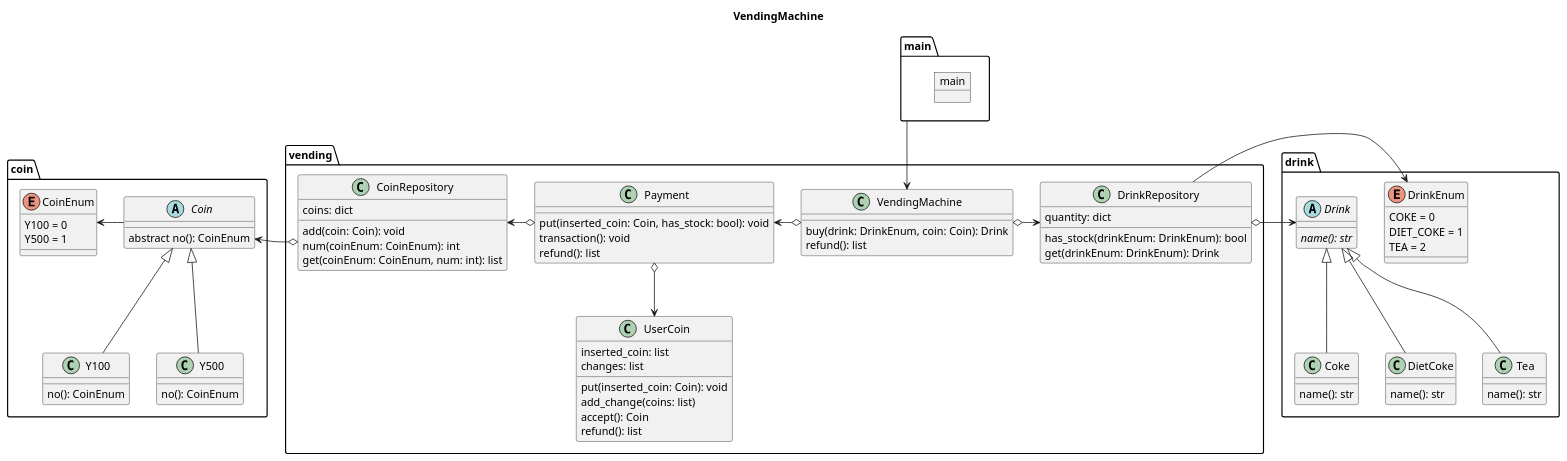
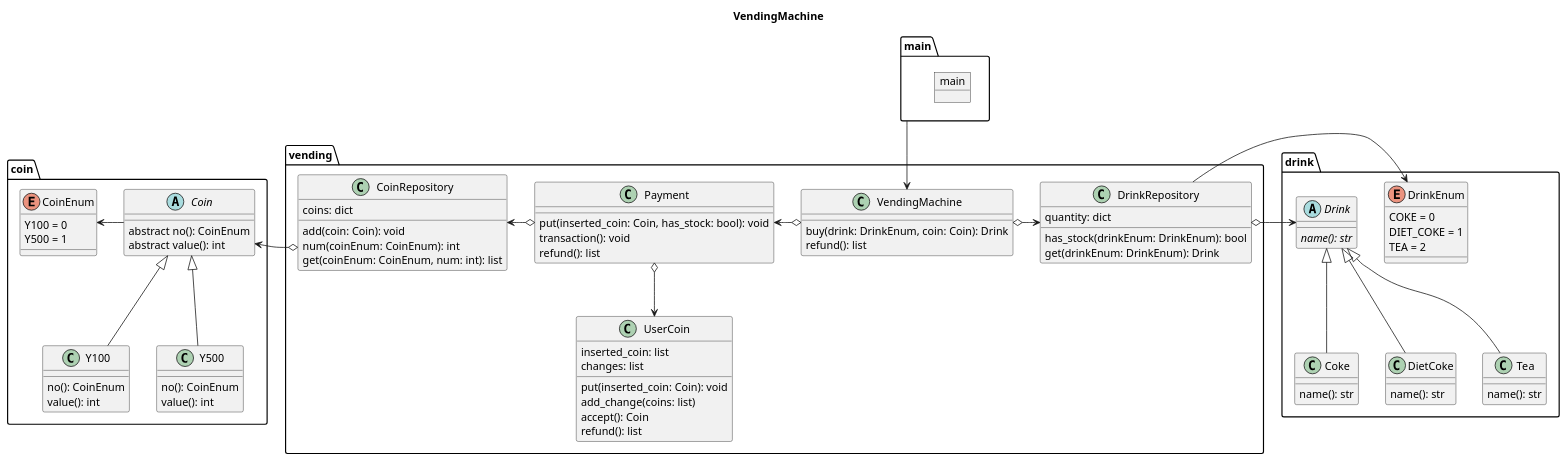
One commit to halukenn/refactoring changed the diagram in oop_exercise_hori/vending_machine.pu. Above: the diagram before and after it, drawn with PlantUML. The commit also changed 2 other files, not shown here.

```diff
--- a/oop_exercise_hori/vending_machine.pu
+++ b/oop_exercise_hori/vending_machine.pu
@@ -1,113 +1,116 @@
 @startuml
 
 title VendingMachine
 
 package main {
     object main {
     }
 }
 
 package drink {
 
     enum DrinkEnum {
         COKE = 0
         DIET_COKE = 1
         TEA = 2
     }
 
     abstract class Drink {
         {abstract} name(): str
     }
 
     class Coke {
         name(): str
     }
 
     class DietCoke {
         name(): str
     }
 
     class Tea {
         name(): str
     }
 
     Coke -up-|> Drink
     DietCoke -up-|> Drink
     Tea -up-|> Drink
 }
 
 package coin {
 
     enum CoinEnum {
         Y100 = 0
         Y500 = 1
     }
 
     abstract class Coin {
         abstract no(): CoinEnum
+        abstract value(): int
     }
 
     Coin -left-> CoinEnum
 
     class Y100 {
         no(): CoinEnum
+        value(): int
     }
 
     class Y500 {
         no(): CoinEnum
+        value(): int
     }
 
     Y100 -up-|> Coin
     Y500 -up-|> Coin
 }
 
 package vending {
 
     class VendingMachine {
         buy(drink: DrinkEnum, coin: Coin): Drink
         refund(): list
     }
 
     class DrinkRepository {
         quantity: dict
         has_stock(drinkEnum: DrinkEnum): bool
         get(drinkEnum: DrinkEnum): Drink
     }
 
     VendingMachine o-right-> DrinkRepository
     DrinkRepository -right-> DrinkEnum
     DrinkRepository o-right-> Drink
 
     class Payment {
         put(inserted_coin: Coin, has_stock: bool): void
         transaction(): void
         refund(): list
     }
 
     VendingMachine o-left-> Payment
     Payment o-down-> UserCoin
 
     class UserCoin {
         inserted_coin: list
         changes: list
         put(inserted_coin: Coin): void
         add_change(coins: list)
         accept(): Coin
         refund(): list
     }
 
     class CoinRepository {
         coins: dict
         add(coin: Coin): void
         num(coinEnum: CoinEnum): int
         get(coinEnum: CoinEnum, num: int): list
     }
 
     Payment o-left-> CoinRepository
 }
 
 main --> VendingMachine
 CoinRepository o-left-> Coin
 
 
 @enduml
```
